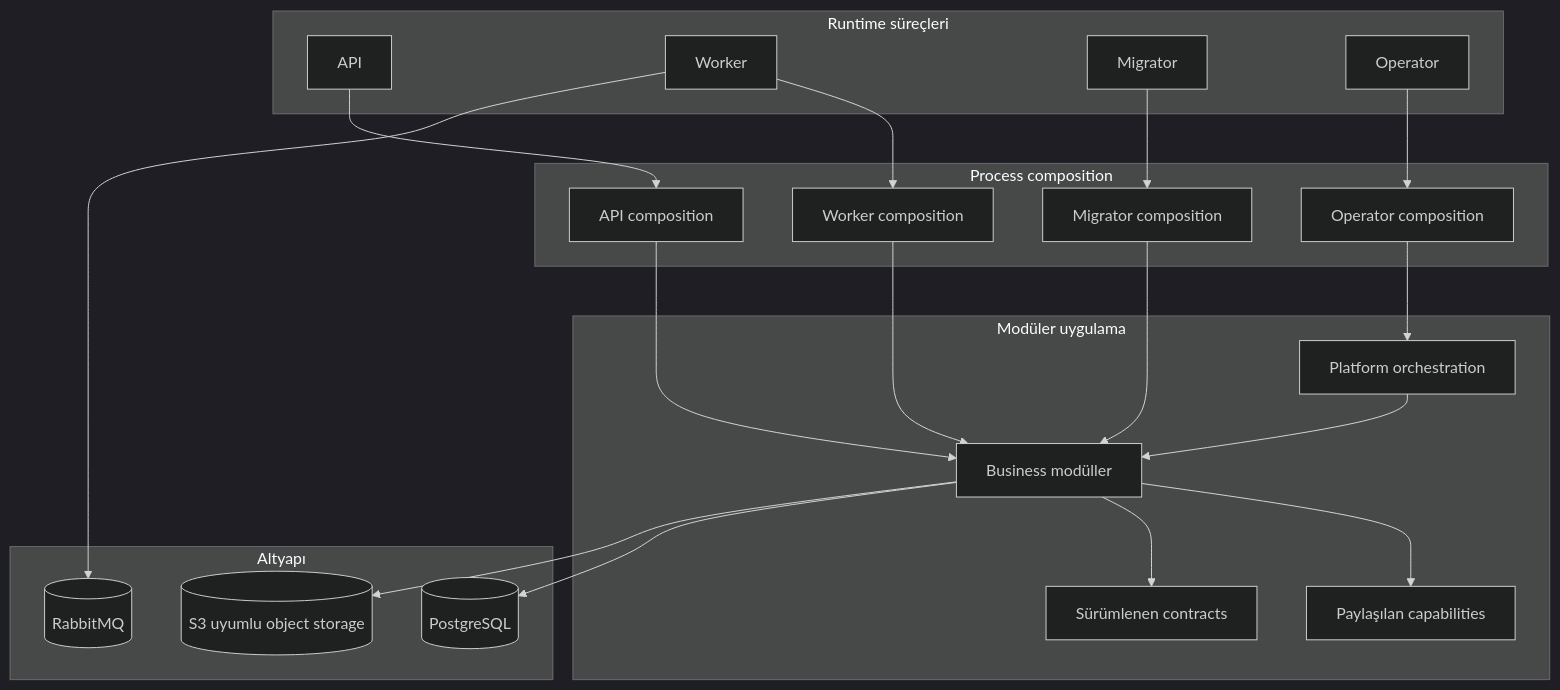
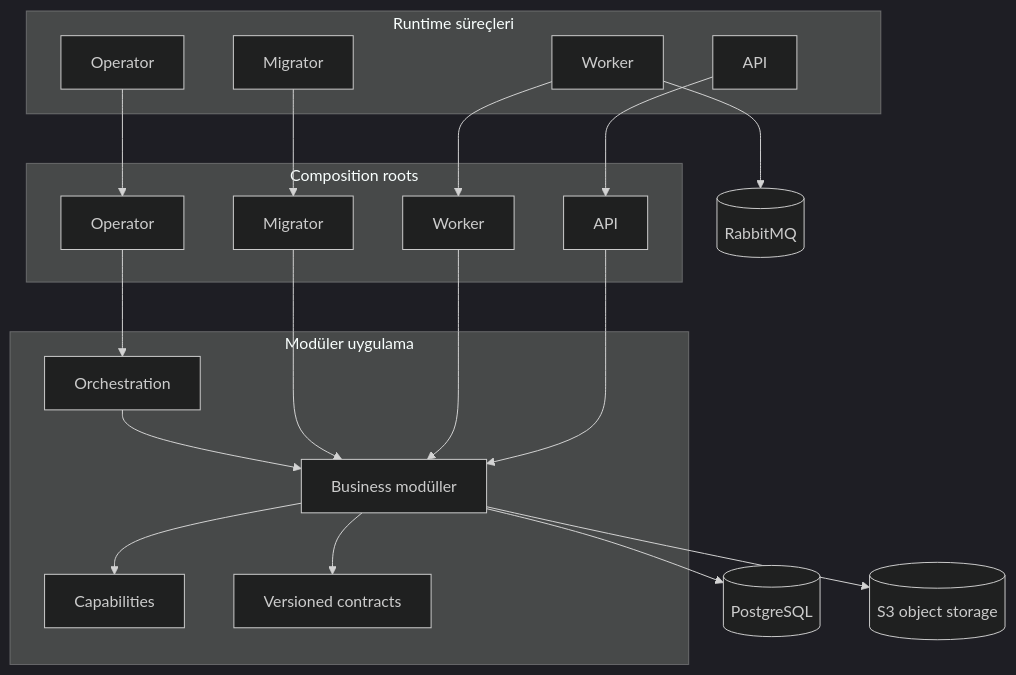
Before and after one commit to Onurlulardan/harpy: the diagram in README.md, drawn with Mermaid (dark theme). The commit also changed other lines of this file, not shown here.

````diff
--- a/README.md
+++ b/README.md
@@ -81,40 +65,38 @@
 ```mermaid
 flowchart TB
-    subgraph processes["Runtime süreçleri"]
-      API["API"]
-      Worker["Worker"]
-      Migrator["Migrator"]
-      Operator["Operator"]
-    end
-    subgraph composition["Process composition"]
-      AC["API composition"]
-      WC["Worker composition"]
-      MC["Migrator composition"]
-      OC["Operator composition"]
-    end
-    subgraph app["Modüler uygulama"]
-      Modules["Business modüller"]
-      Capabilities["Paylaşılan capabilities"]
-      Orchestration["Platform orchestration"]
-      Contracts["Sürümlenen contracts"]
-    end
-    subgraph infrastructure["Altyapı"]
-      PG[("PostgreSQL")]
-      MQ[("RabbitMQ")]
-      S3[("S3 uyumlu object storage")]
-    end
-    API --> AC
-    Worker --> WC
-    Migrator --> MC
-    Operator --> OC
-    AC --> Modules
-    WC --> Modules
-    MC --> Modules
-    OC --> Orchestration
-    Modules --> Capabilities
-    Modules --> Contracts
-    Orchestration --> Modules
-    Modules --> PG
-    Worker --> MQ
-    Modules --> S3
+  subgraph P["Runtime süreçleri"]
+    API["API"]
+    W["Worker"]
+    M["Migrator"]
+    O["Operator"]
+  end
+  subgraph C["Composition roots"]
+    AC["API"]
+    WC["Worker"]
+    MC["Migrator"]
+    OC["Operator"]
+  end
+  subgraph A["Modüler uygulama"]
+    MOD["Business modüller"]
+    CAP["Capabilities"]
+    ORC["Orchestration"]
+    CT["Versioned contracts"]
+  end
+  PG[("PostgreSQL")]
+  MQ[("RabbitMQ")]
+  S3[("S3 object storage")]
+  API --> AC
+  W --> WC
+  M --> MC
+  O --> OC
+  AC --> MOD
+  WC --> MOD
+  MC --> MOD
+  OC --> ORC
+  MOD --> CAP
+  MOD --> CT
+  ORC --> MOD
+  MOD --> PG
+  W --> MQ
+  MOD --> S3
 ```
````
